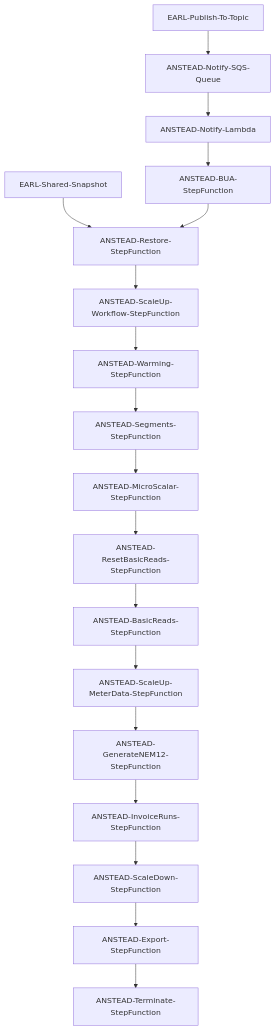
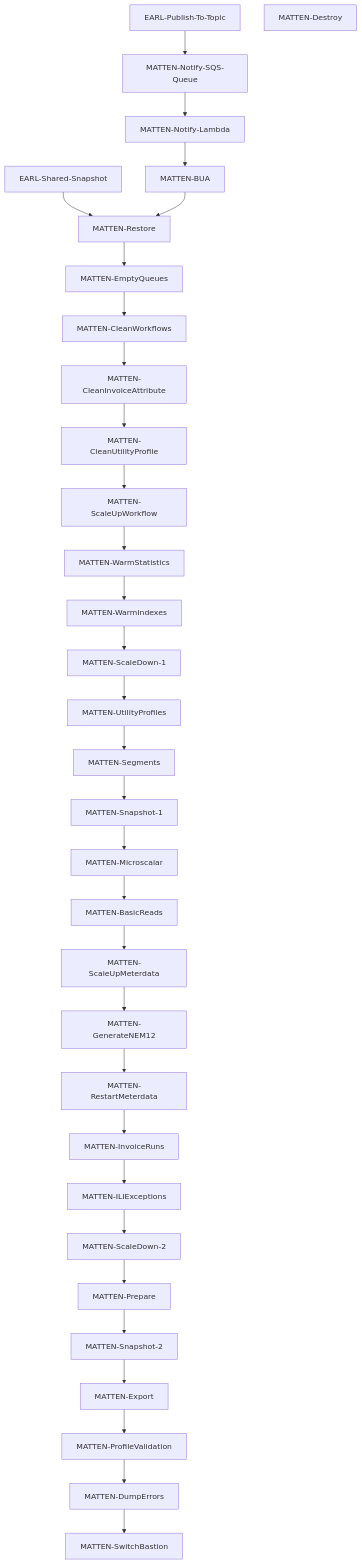
The second of 2 diagrams in README.md (madeesha/bua), drawn with Mermaid before and after one commit. The commit also changed other lines of this file, not shown here.

````diff
--- a/README.md
+++ b/README.md
@@ -23,20 +23,34 @@
 ```mermaid
 graph TD;
-EARL-Publish-To-Topic --> ANSTEAD-Notify-SQS-Queue;
-ANSTEAD-Notify-SQS-Queue --> ANSTEAD-Notify-Lambda;
-ANSTEAD-Notify-Lambda --> ANSTEAD-BUA-StepFunction;
-EARL-Shared-Snapshot --> ANSTEAD-Restore-StepFunction;
-ANSTEAD-BUA-StepFunction --> ANSTEAD-Restore-StepFunction;
-ANSTEAD-Restore-StepFunction --> ANSTEAD-ScaleUp-Workflow-StepFunction;
-ANSTEAD-ScaleUp-Workflow-StepFunction --> ANSTEAD-Warming-StepFunction;
-ANSTEAD-Warming-StepFunction --> ANSTEAD-Segments-StepFunction;
-ANSTEAD-Segments-StepFunction --> ANSTEAD-MicroScalar-StepFunction;
-ANSTEAD-MicroScalar-StepFunction --> ANSTEAD-ResetBasicReads-StepFunction;
-ANSTEAD-ResetBasicReads-StepFunction --> ANSTEAD-BasicReads-StepFunction;
-ANSTEAD-BasicReads-StepFunction --> ANSTEAD-ScaleUp-MeterData-StepFunction;
-ANSTEAD-ScaleUp-MeterData-StepFunction --> ANSTEAD-GenerateNEM12-StepFunction;
-ANSTEAD-GenerateNEM12-StepFunction --> ANSTEAD-InvoiceRuns-StepFunction;
-ANSTEAD-InvoiceRuns-StepFunction --> ANSTEAD-ScaleDown-StepFunction;
-ANSTEAD-ScaleDown-StepFunction --> ANSTEAD-Export-StepFunction;
-ANSTEAD-Export-StepFunction --> ANSTEAD-Terminate-StepFunction;
+EARL-Publish-To-Topic --> MATTEN-Notify-SQS-Queue;
+MATTEN-Notify-SQS-Queue --> MATTEN-Notify-Lambda;
+MATTEN-Notify-Lambda --> MATTEN-BUA;
+EARL-Shared-Snapshot --> MATTEN-Restore;
+MATTEN-BUA --> MATTEN-Restore;
+MATTEN-Restore --> MATTEN-EmptyQueues;
+MATTEN-EmptyQueues --> MATTEN-CleanWorkflows;
+MATTEN-CleanWorkflows --> MATTEN-CleanInvoiceAttribute;
+MATTEN-CleanInvoiceAttribute --> MATTEN-CleanUtilityProfile;
+MATTEN-CleanUtilityProfile --> MATTEN-ScaleUpWorkflow;
+MATTEN-ScaleUpWorkflow --> MATTEN-WarmStatistics;
+MATTEN-WarmStatistics --> MATTEN-WarmIndexes;
+MATTEN-WarmIndexes --> MATTEN-ScaleDown-1;
+MATTEN-ScaleDown-1 --> MATTEN-UtilityProfiles;
+MATTEN-UtilityProfiles --> MATTEN-Segments;
+MATTEN-Segments --> MATTEN-Snapshot-1;
+MATTEN-Snapshot-1 --> MATTEN-Microscalar;
+MATTEN-Microscalar --> MATTEN-BasicReads;
+MATTEN-BasicReads --> MATTEN-ScaleUpMeterdata;
+MATTEN-ScaleUpMeterdata --> MATTEN-GenerateNEM12;
+MATTEN-GenerateNEM12 --> MATTEN-RestartMeterdata;
+MATTEN-RestartMeterdata --> MATTEN-InvoiceRuns;
+MATTEN-InvoiceRuns --> MATTEN-ILIExceptions;
+MATTEN-ILIExceptions --> MATTEN-ScaleDown-2;
+MATTEN-ScaleDown-2 --> MATTEN-Prepare;
+MATTEN-Prepare --> MATTEN-Snapshot-2;
+MATTEN-Snapshot-2 --> MATTEN-Export;
+MATTEN-Export --> MATTEN-ProfileValidation;
+MATTEN-ProfileValidation --> MATTEN-DumpErrors;
+MATTEN-DumpErrors --> MATTEN-SwitchBastion;
+MATTEN-Destroy;
 ```
````
